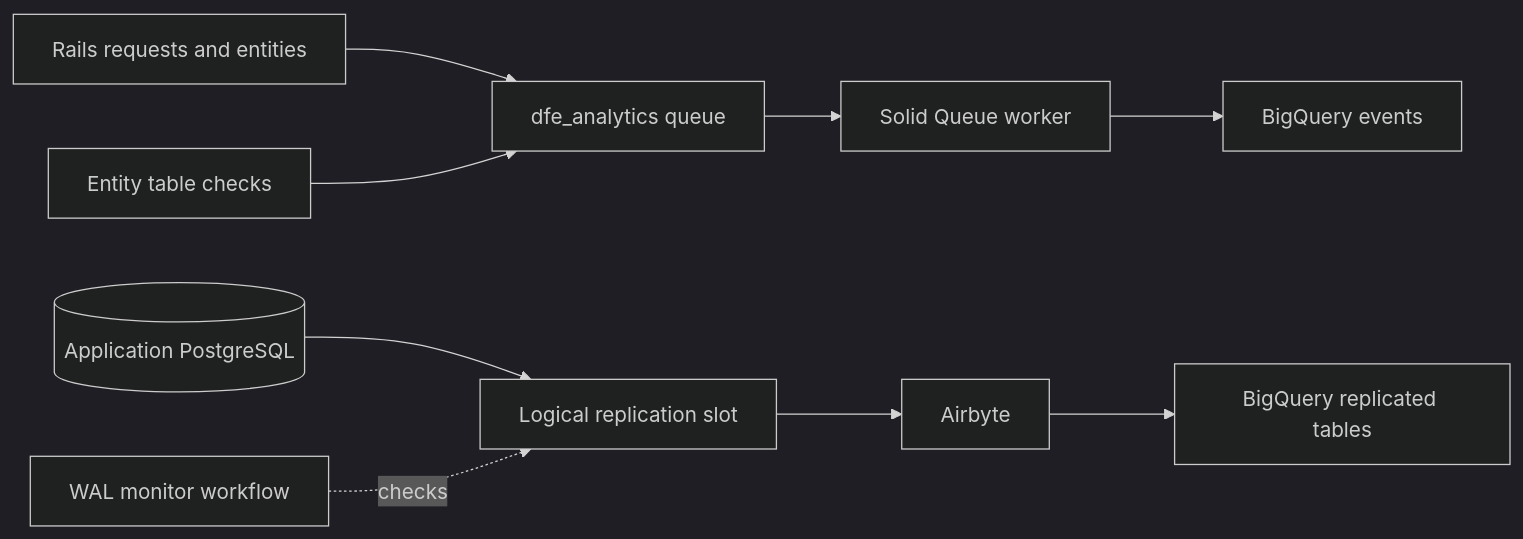
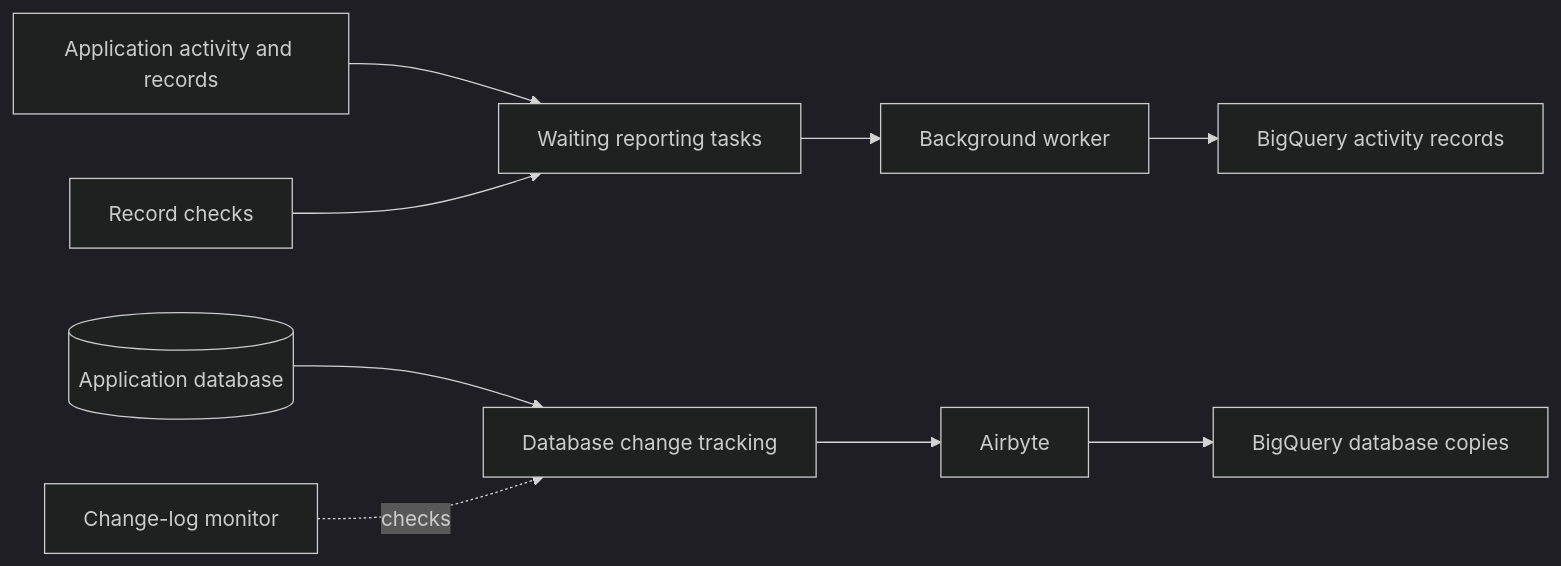
One commit to DFE-Digital/find-placement-schools changed the second of 2 diagrams in docs/integrations.md. Above: the diagram before and after it, drawn with Mermaid (dark theme). The commit also changed other lines of this file and 15 other files, not shown here.

````diff
--- a/docs/integrations.md
+++ b/docs/integrations.md
@@ -90,11 +133,11 @@
 ```mermaid
 flowchart LR
-  Rails[Rails requests and entities] --> Queue[dfe_analytics queue]
-  Queue --> Worker[Solid Queue worker]
-  Worker --> Events[BigQuery events]
-  DB[(Application PostgreSQL)] --> Slot[Logical replication slot]
+  Rails[Application activity and records] --> Queue[Waiting reporting tasks]
+  Queue --> Worker[Background worker]
+  Worker --> Events[BigQuery activity records]
+  DB[(Application database)] --> Slot[Database change tracking]
   Slot --> Airbyte[Airbyte]
-  Airbyte --> Tables[BigQuery replicated tables]
-  Checks[Entity table checks] --> Queue
-  Monitor[WAL monitor workflow] -. checks .-> Slot
+  Airbyte --> Tables[BigQuery database copies]
+  Checks[Record checks] --> Queue
+  Monitor[Change-log monitor] -. checks .-> Slot
 ```
````
